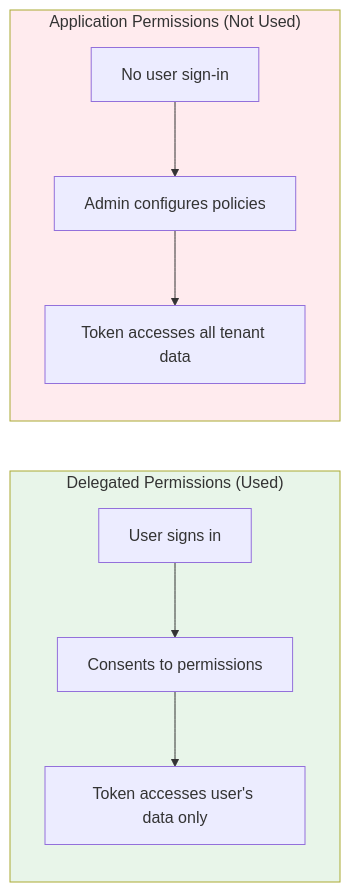
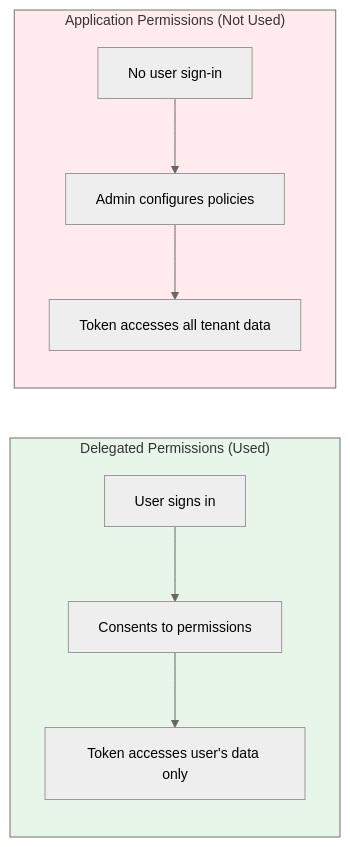
One commit to Unique-AG/connectors changed the diagram in services/teams-mcp/docs/technical/permissions.md. Above: the diagram before and after it, drawn with Mermaid. The commit also changed other lines of this file and 10 other files, not shown here.

````diff
--- a/services/teams-mcp/docs/technical/permissions.md
+++ b/services/teams-mcp/docs/technical/permissions.md
@@ -94,20 +93,21 @@
 ```mermaid
+%%{init: {'theme': 'neutral', 'themeVariables': { 'fontSize': '14px' }}}%%
 flowchart LR
     subgraph Delegated["Delegated Permissions (Used)"]
         U1["User signs in"]
         U2["Consents to permissions"]
         U3["Token accesses user's data only"]
     end
 
     subgraph Application["Application Permissions (Not Used)"]
         A1["No user sign-in"]
         A2["Admin configures policies"]
         A3["Token accesses all tenant data"]
     end
 
     U1 --> U2 --> U3
     A1 --> A2 --> A3
 
     style Delegated fill:#e8f5e9
     style Application fill:#ffebee
 ```
````
